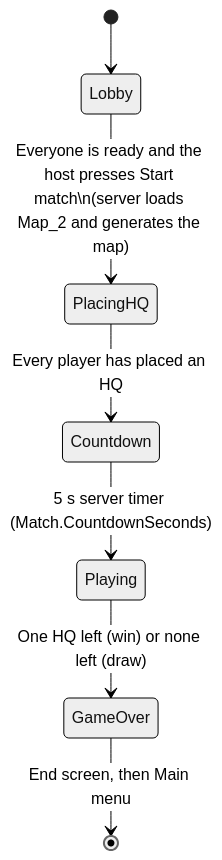
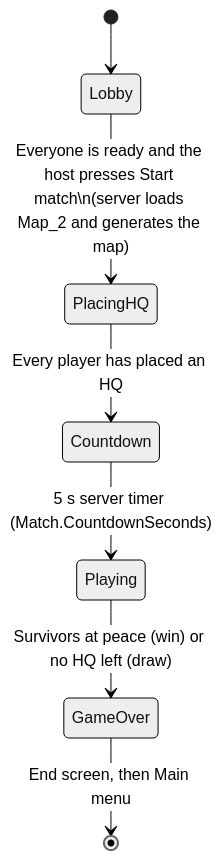
Before and after one commit to CoolCoder353/WAR-2D: the diagram in docs/gameplay.md, drawn with Mermaid (neutral theme). The commit also changed other lines of this file and 12 other files, not shown here.

````diff
--- a/docs/gameplay.md
+++ b/docs/gameplay.md
@@ -11,9 +11,9 @@
 ```mermaid
 stateDiagram-v2
     [*] --> Lobby
     Lobby --> PlacingHQ: Everyone is ready and the host presses Start match\n(server loads Map_2 and generates the map)
     PlacingHQ --> Countdown: Every player has placed an HQ
     Countdown --> Playing: 5 s server timer (Match.CountdownSeconds)
-    Playing --> GameOver: One HQ left (win) or none left (draw)
+    Playing --> GameOver: Survivors at peace (win) or no HQ left (draw)
     GameOver --> [*]: End screen, then Main menu
 ```
````
